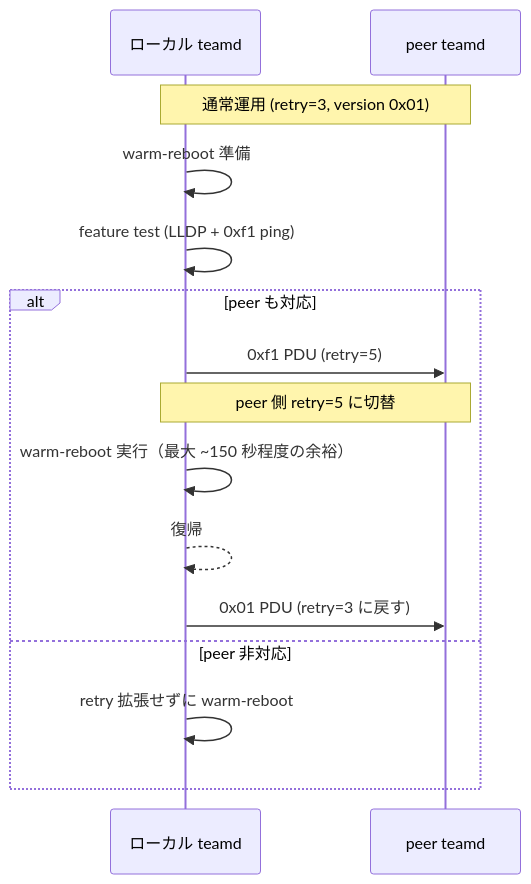
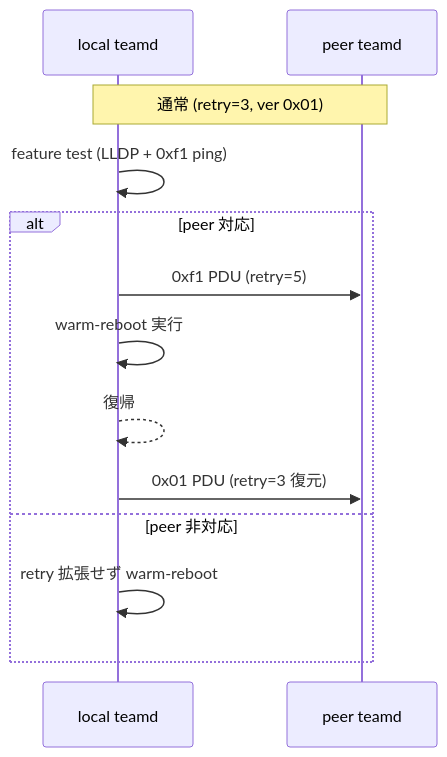
Before and after one commit to aoki-taquan/sonic-unofficial-docs: the second of 2 diagrams in docs/switching/increasing-lacp-pdu-timeout-during-warm-reboot.md, drawn with Mermaid. The commit also changed other lines of this file and 7 other files, not shown here.

````diff
--- a/docs/switching/increasing-lacp-pdu-timeout-during-warm-reboot.md
+++ b/docs/switching/increasing-lacp-pdu-timeout-during-warm-reboot.md
@@ -87,17 +63,15 @@
 ```mermaid
 sequenceDiagram
-    participant L as ローカル teamd
+    participant L as local teamd
     participant P as peer teamd
-    Note over L,P: 通常運用 (retry=3, version 0x01)
-    L->>L: warm-reboot 準備
+    Note over L,P: 通常 (retry=3, ver 0x01)
     L->>L: feature test (LLDP + 0xf1 ping)
-    alt peer も対応
+    alt peer 対応
         L->>P: 0xf1 PDU (retry=5)
-        Note over L,P: peer 側 retry=5 に切替
-        L->>L: warm-reboot 実行（最大 ~150 秒程度の余裕）
+        L->>L: warm-reboot 実行
         L-->>L: 復帰
-        L->>P: 0x01 PDU (retry=3 に戻す)
+        L->>P: 0x01 PDU (retry=3 復元)
     else peer 非対応
-        L->>L: retry 拡張せずに warm-reboot
+        L->>L: retry 拡張せず warm-reboot
     end
 ```
````
